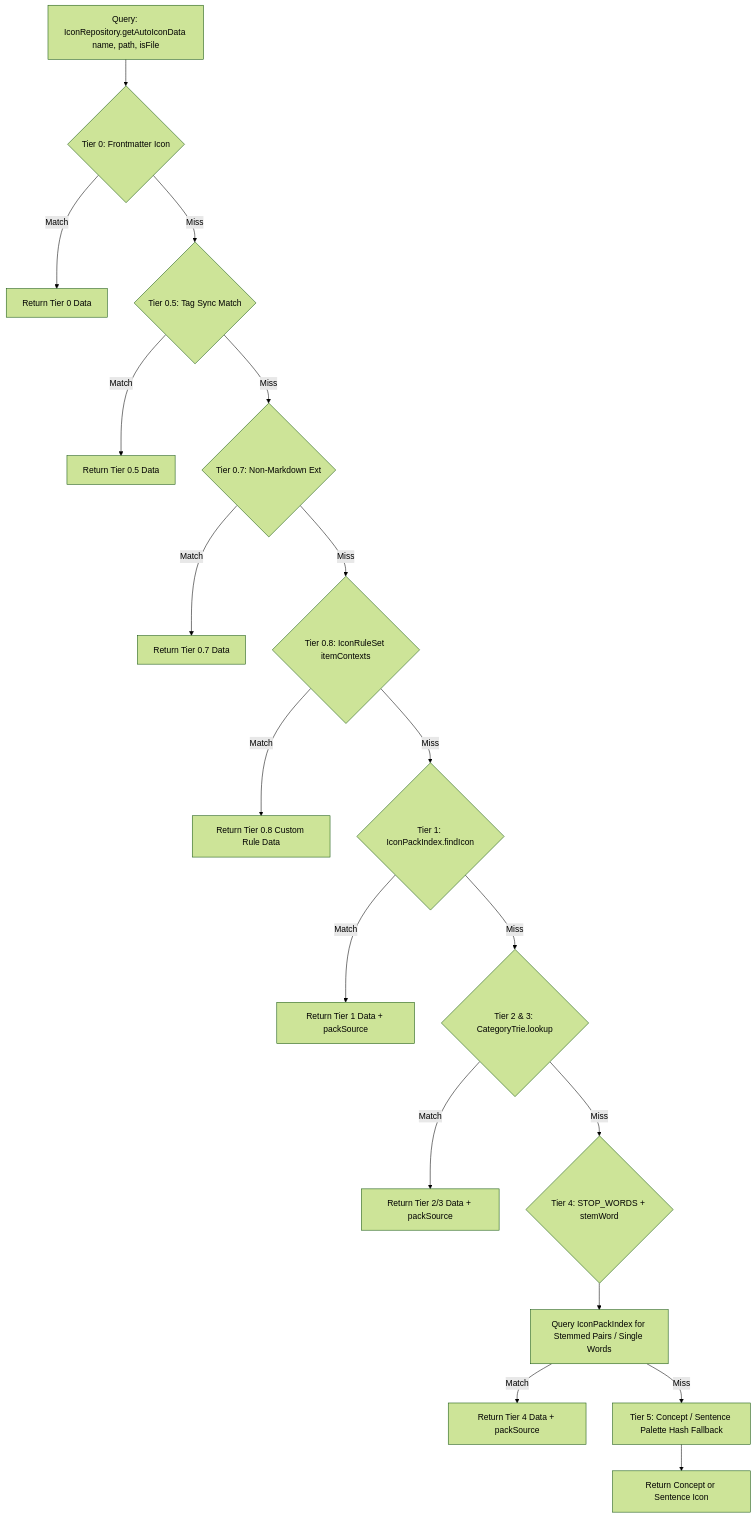
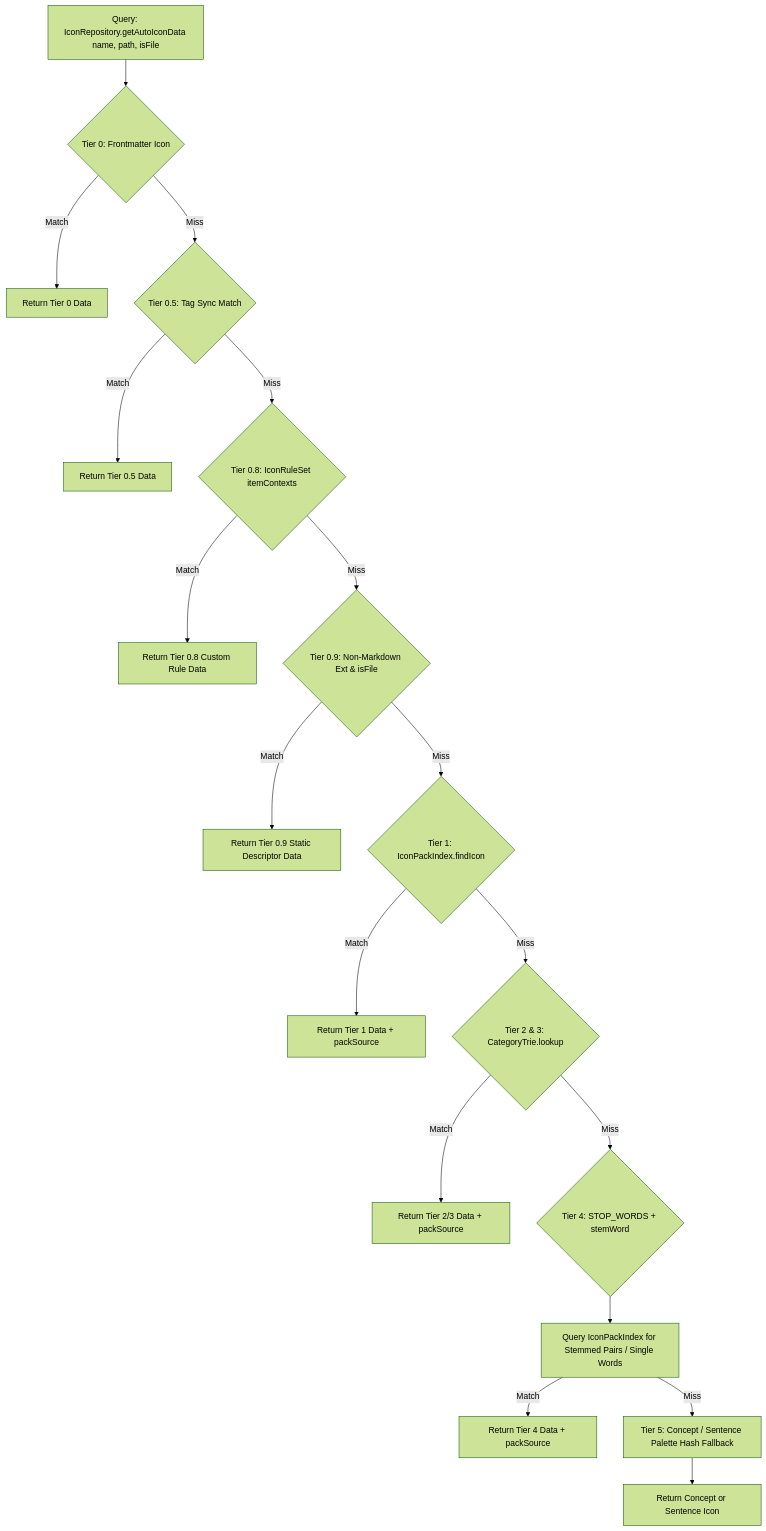
The diagram in docs/architecture/ENGINE_INTERNALS.md (RohitNahar-Offical/colorful-folders-obsidian), drawn with Mermaid (forest theme) before and after one commit. The commit also changed other lines of this file and 6 other files, not shown here.

Commit message:
docs: update architecture, customization, and development rules for operator matching modes and grid layout

````diff
--- a/docs/architecture/ENGINE_INTERNALS.md
+++ b/docs/architecture/ENGINE_INTERNALS.md
@@ -48,20 +48,20 @@
 ```mermaid
 graph TD
     A[Query: IconRepository.getAutoIconData name, path, isFile] --> T0{Tier 0: Frontmatter Icon}
     T0 -- Match --> Z0[Return Tier 0 Data]
     T0 -- Miss --> T05{Tier 0.5: Tag Sync Match}
     T05 -- Match --> Z05[Return Tier 0.5 Data]
-    T05 -- Miss --> T07{Tier 0.7: Non-Markdown Ext}
-    T07 -- Match --> Z07[Return Tier 0.7 Data]
-    T07 -- Miss --> T08{Tier 0.8: IconRuleSet itemContexts}
+    T05 -- Miss --> T08{Tier 0.8: IconRuleSet itemContexts}
     T08 -- Match --> Z08[Return Tier 0.8 Custom Rule Data]
-    T08 -- Miss --> T1{Tier 1: IconPackIndex.findIcon}
+    T08 -- Miss --> T09{Tier 0.9: Non-Markdown Ext & isFile}
+    T09 -- Match --> Z09[Return Tier 0.9 Static Descriptor Data]
+    T09 -- Miss --> T1{Tier 1: IconPackIndex.findIcon}
     T1 -- Match --> Z1[Return Tier 1 Data + packSource]
     T1 -- Miss --> T2{Tier 2 & 3: CategoryTrie.lookup}
     T2 -- Match --> Z2[Return Tier 2/3 Data + packSource]
     T2 -- Miss --> T4{Tier 4: STOP_WORDS + stemWord}
     T4 --> T4A[Query IconPackIndex for Stemmed Pairs / Single Words]
     T4A -- Match --> Z3[Return Tier 4 Data + packSource]
     T4A -- Miss --> T5[Tier 5: Concept / Sentence Palette Hash Fallback]
     T5 --> Z4[Return Concept or Sentence Icon]
 ```
````
